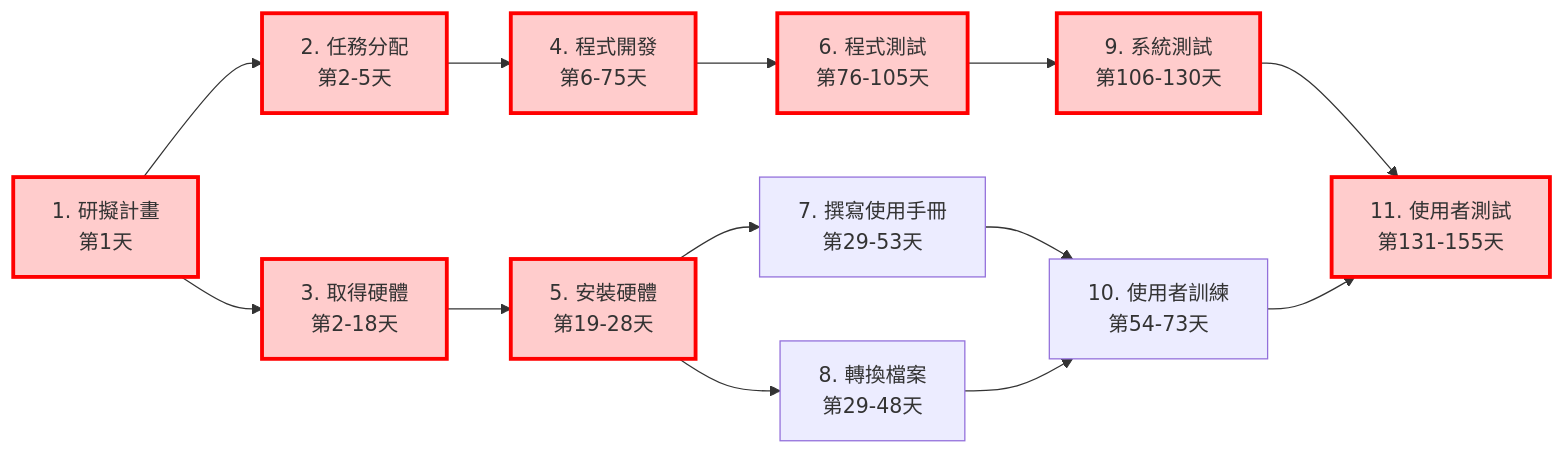
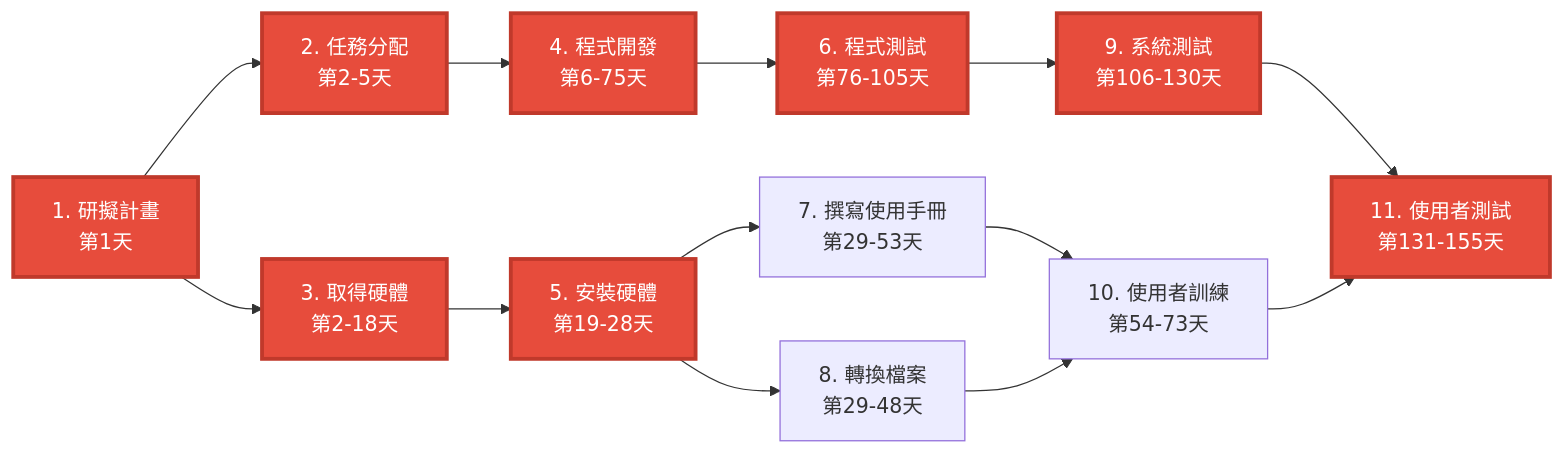
Before and after one commit to c112118202-droid/C112118202: the third of 3 diagrams in hw2.md, drawn with Mermaid.

````diff
--- a/hw2.md
+++ b/hw2.md
@@ -56,18 +56,18 @@
 ```mermaid
 graph LR
     A[1. 研擬計畫<br/>第1天]:::critical --> B[2. 任務分配<br/>第2-5天]:::critical
     A --> C[3. 取得硬體<br/>第2-18天]:::critical
     B --> D[4. 程式開發<br/>第6-75天]:::critical
     C --> E[5. 安裝硬體<br/>第19-28天]:::critical
     D --> F[6. 程式測試<br/>第76-105天]:::critical
     E --> G[7. 撰寫使用手冊<br/>第29-53天]
     E --> H[8. 轉換檔案<br/>第29-48天]
     F --> I[9. 系統測試<br/>第106-130天]:::critical
     G --> J[10. 使用者訓練<br/>第54-73天]
     H --> J
     I --> K[11. 使用者測試<br/>第131-155天]:::critical
     J --> K
     
-    classDef critical fill:#ffcccc,stroke:#ff0000,stroke-width:3px;
-    classDef normal fill:#e1e1e1,stroke:#333,stroke-width:2px;
+    classDef critical fill:#e74c3c,stroke:#c0392b,stroke-width:3px,color:#ffffff;
+    classDef normal fill:#ecf0f1,stroke:#bdc3c7,stroke-width:2px,color:#2c3e50;
 ```
````
